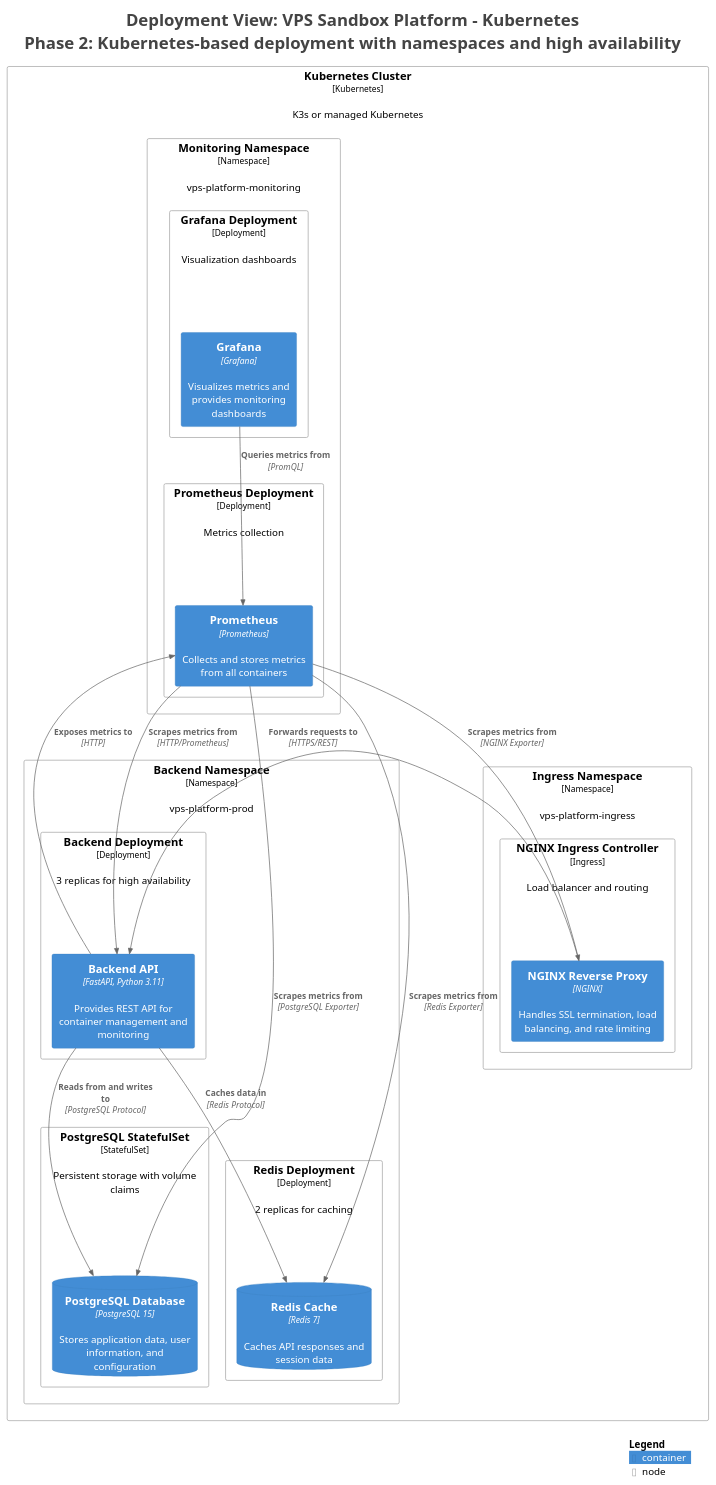
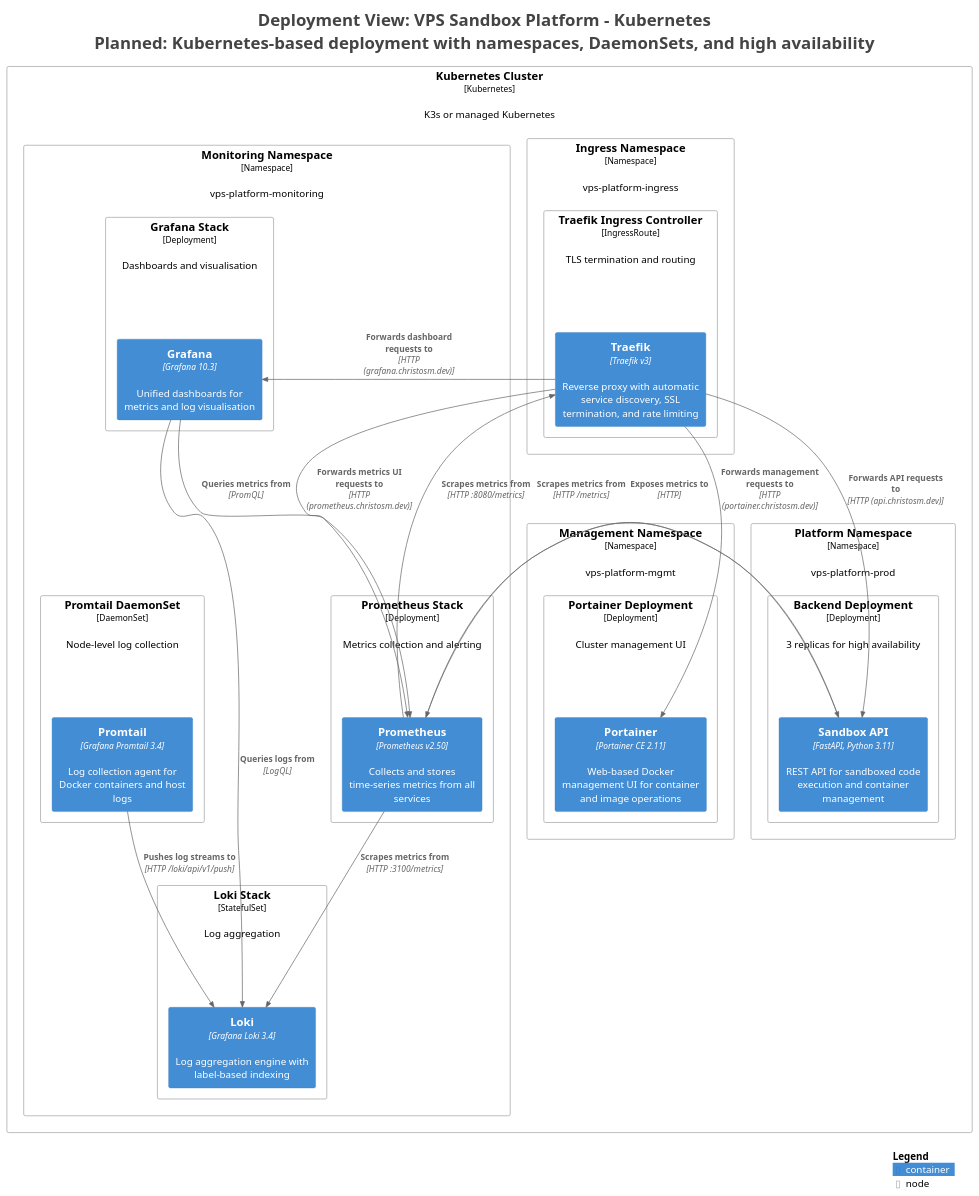
Before and after one commit to christosm-dev/portfolio: the diagram in vps-sandbox-c4-architecture/exports/puml/structurizr-KubernetesDeployment.puml, drawn with PlantUML. The commit also changed 21 other files, not shown here.

First line of the commit message:
Rework C4 architecture to match deployed VPS stack

```diff
--- a/vps-sandbox-c4-architecture/exports/puml/structurizr-KubernetesDeployment.puml
+++ b/vps-sandbox-c4-architecture/exports/puml/structurizr-KubernetesDeployment.puml
@@ -1,67 +1,76 @@
 @startuml
-title <size:24>Deployment View: VPS Sandbox Platform - Kubernetes</size>\n<size:24>Phase 2: Kubernetes-based deployment with namespaces and high availability</size>
+title <size:24>Deployment View: VPS Sandbox Platform - Kubernetes</size>\n<size:24>Planned: Kubernetes-based deployment with namespaces, DaemonSets, and high availability</size>
 
 set separator none
 top to bottom direction
 
 <style>
   root {
     BackgroundColor: #ffffff
     FontColor: #444444
   }
 </style>
 
 !include <C4/C4>
 !include <C4/C4_Context>
 !include <C4/C4_Container>
 !include <C4/C4_Deployment>
 
 Deployment_Node(Kubernetes.KubernetesCluster, "Kubernetes Cluster", $type="Kubernetes", $descr="K3s or managed Kubernetes", $tags="", $link="") {
-  Deployment_Node(Kubernetes.KubernetesCluster.BackendNamespace, "Backend Namespace", $type="Namespace", $descr="vps-platform-prod", $tags="", $link="") {
-    Deployment_Node(Kubernetes.KubernetesCluster.BackendNamespace.BackendDeployment, "Backend Deployment", $type="Deployment", $descr="3 replicas for high availability", $tags="", $link="") {
-      Container(Kubernetes.KubernetesCluster.BackendNamespace.BackendDeployment.BackendAPI_1, "Backend API", $techn="FastAPI, Python 3.11", $descr="Provides REST API for container management and monitoring", $tags="", $link="")
-    }
-
-    Deployment_Node(Kubernetes.KubernetesCluster.BackendNamespace.PostgreSQLStatefulSet, "PostgreSQL StatefulSet", $type="StatefulSet", $descr="Persistent storage with volume claims", $tags="", $link="") {
-      ContainerDb(Kubernetes.KubernetesCluster.BackendNamespace.PostgreSQLStatefulSet.PostgreSQLDatabase_1, "PostgreSQL Database", $techn="PostgreSQL 15", $descr="Stores application data, user information, and configuration", $tags="", $link="")
-    }
-
-    Deployment_Node(Kubernetes.KubernetesCluster.BackendNamespace.RedisDeployment, "Redis Deployment", $type="Deployment", $descr="2 replicas for caching", $tags="", $link="") {
-      ContainerDb(Kubernetes.KubernetesCluster.BackendNamespace.RedisDeployment.RedisCache_1, "Redis Cache", $techn="Redis 7", $descr="Caches API responses and session data", $tags="", $link="")
+  Deployment_Node(Kubernetes.KubernetesCluster.PlatformNamespace, "Platform Namespace", $type="Namespace", $descr="vps-platform-prod", $tags="", $link="") {
+    Deployment_Node(Kubernetes.KubernetesCluster.PlatformNamespace.BackendDeployment, "Backend Deployment", $type="Deployment", $descr="3 replicas for high availability", $tags="", $link="") {
+      Container(Kubernetes.KubernetesCluster.PlatformNamespace.BackendDeployment.SandboxAPI_1, "Sandbox API", $techn="FastAPI, Python 3.11", $descr="REST API for sandboxed code execution and container management", $tags="", $link="")
     }
 
   }
 
   Deployment_Node(Kubernetes.KubernetesCluster.IngressNamespace, "Ingress Namespace", $type="Namespace", $descr="vps-platform-ingress", $tags="", $link="") {
-    Deployment_Node(Kubernetes.KubernetesCluster.IngressNamespace.NGINXIngressController, "NGINX Ingress Controller", $type="Ingress", $descr="Load balancer and routing", $tags="", $link="") {
-      Container(Kubernetes.KubernetesCluster.IngressNamespace.NGINXIngressController.NGINXReverseProxy_1, "NGINX Reverse Proxy", $techn="NGINX", $descr="Handles SSL termination, load balancing, and rate limiting", $tags="", $link="")
+    Deployment_Node(Kubernetes.KubernetesCluster.IngressNamespace.TraefikIngressController, "Traefik Ingress Controller", $type="IngressRoute", $descr="TLS termination and routing", $tags="", $link="") {
+      Container(Kubernetes.KubernetesCluster.IngressNamespace.TraefikIngressController.Traefik_1, "Traefik", $techn="Traefik v3", $descr="Reverse proxy with automatic service discovery, SSL termination, and rate limiting", $tags="", $link="")
     }
 
   }
 
   Deployment_Node(Kubernetes.KubernetesCluster.MonitoringNamespace, "Monitoring Namespace", $type="Namespace", $descr="vps-platform-monitoring", $tags="", $link="") {
-    Deployment_Node(Kubernetes.KubernetesCluster.MonitoringNamespace.PrometheusDeployment, "Prometheus Deployment", $type="Deployment", $descr="Metrics collection", $tags="", $link="") {
-      Container(Kubernetes.KubernetesCluster.MonitoringNamespace.PrometheusDeployment.Prometheus_1, "Prometheus", $techn="Prometheus", $descr="Collects and stores metrics from all containers", $tags="", $link="")
+    Deployment_Node(Kubernetes.KubernetesCluster.MonitoringNamespace.PrometheusStack, "Prometheus Stack", $type="Deployment", $descr="Metrics collection and alerting", $tags="", $link="") {
+      Container(Kubernetes.KubernetesCluster.MonitoringNamespace.PrometheusStack.Prometheus_1, "Prometheus", $techn="Prometheus v2.50", $descr="Collects and stores time-series metrics from all services", $tags="", $link="")
     }
 
-    Deployment_Node(Kubernetes.KubernetesCluster.MonitoringNamespace.GrafanaDeployment, "Grafana Deployment", $type="Deployment", $descr="Visualization dashboards", $tags="", $link="") {
-      Container(Kubernetes.KubernetesCluster.MonitoringNamespace.GrafanaDeployment.Grafana_1, "Grafana", $techn="Grafana", $descr="Visualizes metrics and provides monitoring dashboards", $tags="", $link="")
+    Deployment_Node(Kubernetes.KubernetesCluster.MonitoringNamespace.GrafanaStack, "Grafana Stack", $type="Deployment", $descr="Dashboards and visualisation", $tags="", $link="") {
+      Container(Kubernetes.KubernetesCluster.MonitoringNamespace.GrafanaStack.Grafana_1, "Grafana", $techn="Grafana 10.3", $descr="Unified dashboards for metrics and log visualisation", $tags="", $link="")
+    }
+
+    Deployment_Node(Kubernetes.KubernetesCluster.MonitoringNamespace.LokiStack, "Loki Stack", $type="StatefulSet", $descr="Log aggregation", $tags="", $link="") {
+      Container(Kubernetes.KubernetesCluster.MonitoringNamespace.LokiStack.Loki_1, "Loki", $techn="Grafana Loki 3.4", $descr="Log aggregation engine with label-based indexing", $tags="", $link="")
+    }
+
+    Deployment_Node(Kubernetes.KubernetesCluster.MonitoringNamespace.PromtailDaemonSet, "Promtail DaemonSet", $type="DaemonSet", $descr="Node-level log collection", $tags="", $link="") {
+      Container(Kubernetes.KubernetesCluster.MonitoringNamespace.PromtailDaemonSet.Promtail_1, "Promtail", $techn="Grafana Promtail 3.4", $descr="Log collection agent for Docker containers and host logs", $tags="", $link="")
+    }
+
+  }
+
+  Deployment_Node(Kubernetes.KubernetesCluster.ManagementNamespace, "Management Namespace", $type="Namespace", $descr="vps-platform-mgmt", $tags="", $link="") {
+    Deployment_Node(Kubernetes.KubernetesCluster.ManagementNamespace.PortainerDeployment, "Portainer Deployment", $type="Deployment", $descr="Cluster management UI", $tags="", $link="") {
+      Container(Kubernetes.KubernetesCluster.ManagementNamespace.PortainerDeployment.Portainer_1, "Portainer", $techn="Portainer CE 2.11", $descr="Web-based Docker management UI for container and image operations", $tags="", $link="")
     }
 
   }
 
 }
 
-Rel(Kubernetes.KubernetesCluster.BackendNamespace.BackendDeployment.BackendAPI_1, Kubernetes.KubernetesCluster.BackendNamespace.PostgreSQLStatefulSet.PostgreSQLDatabase_1, "Reads from and writes to", $techn="PostgreSQL Protocol", $tags="", $link="")
-Rel(Kubernetes.KubernetesCluster.BackendNamespace.BackendDeployment.BackendAPI_1, Kubernetes.KubernetesCluster.BackendNamespace.RedisDeployment.RedisCache_1, "Caches data in", $techn="Redis Protocol", $tags="", $link="")
-Rel(Kubernetes.KubernetesCluster.IngressNamespace.NGINXIngressController.NGINXReverseProxy_1, Kubernetes.KubernetesCluster.BackendNamespace.BackendDeployment.BackendAPI_1, "Forwards requests to", $techn="HTTPS/REST", $tags="", $link="")
-Rel(Kubernetes.KubernetesCluster.MonitoringNamespace.PrometheusDeployment.Prometheus_1, Kubernetes.KubernetesCluster.BackendNamespace.BackendDeployment.BackendAPI_1, "Scrapes metrics from", $techn="HTTP/Prometheus", $tags="", $link="")
-Rel(Kubernetes.KubernetesCluster.BackendNamespace.BackendDeployment.BackendAPI_1, Kubernetes.KubernetesCluster.MonitoringNamespace.PrometheusDeployment.Prometheus_1, "Exposes metrics to", $techn="HTTP", $tags="", $link="")
-Rel(Kubernetes.KubernetesCluster.MonitoringNamespace.PrometheusDeployment.Prometheus_1, Kubernetes.KubernetesCluster.BackendNamespace.PostgreSQLStatefulSet.PostgreSQLDatabase_1, "Scrapes metrics from", $techn="PostgreSQL Exporter", $tags="", $link="")
-Rel(Kubernetes.KubernetesCluster.MonitoringNamespace.PrometheusDeployment.Prometheus_1, Kubernetes.KubernetesCluster.BackendNamespace.RedisDeployment.RedisCache_1, "Scrapes metrics from", $techn="Redis Exporter", $tags="", $link="")
-Rel(Kubernetes.KubernetesCluster.MonitoringNamespace.PrometheusDeployment.Prometheus_1, Kubernetes.KubernetesCluster.IngressNamespace.NGINXIngressController.NGINXReverseProxy_1, "Scrapes metrics from", $techn="NGINX Exporter", $tags="", $link="")
-Rel(Kubernetes.KubernetesCluster.MonitoringNamespace.GrafanaDeployment.Grafana_1, Kubernetes.KubernetesCluster.MonitoringNamespace.PrometheusDeployment.Prometheus_1, "Queries metrics from", $techn="PromQL", $tags="", $link="")
+Rel(Kubernetes.KubernetesCluster.IngressNamespace.TraefikIngressController.Traefik_1, Kubernetes.KubernetesCluster.ManagementNamespace.PortainerDeployment.Portainer_1, "Forwards management requests to", $techn="HTTP (portainer.christosm.dev)", $tags="", $link="")
+Rel(Kubernetes.KubernetesCluster.IngressNamespace.TraefikIngressController.Traefik_1, Kubernetes.KubernetesCluster.PlatformNamespace.BackendDeployment.SandboxAPI_1, "Forwards API requests to", $techn="HTTP (api.christosm.dev)", $tags="", $link="")
+Rel(Kubernetes.KubernetesCluster.MonitoringNamespace.PrometheusStack.Prometheus_1, Kubernetes.KubernetesCluster.PlatformNamespace.BackendDeployment.SandboxAPI_1, "Scrapes metrics from", $techn="HTTP /metrics", $tags="", $link="")
+Rel(Kubernetes.KubernetesCluster.PlatformNamespace.BackendDeployment.SandboxAPI_1, Kubernetes.KubernetesCluster.MonitoringNamespace.PrometheusStack.Prometheus_1, "Exposes metrics to", $techn="HTTP", $tags="", $link="")
+Rel(Kubernetes.KubernetesCluster.MonitoringNamespace.PrometheusStack.Prometheus_1, Kubernetes.KubernetesCluster.IngressNamespace.TraefikIngressController.Traefik_1, "Scrapes metrics from", $techn="HTTP :8080/metrics", $tags="", $link="")
+Rel(Kubernetes.KubernetesCluster.IngressNamespace.TraefikIngressController.Traefik_1, Kubernetes.KubernetesCluster.MonitoringNamespace.PrometheusStack.Prometheus_1, "Forwards metrics UI requests to", $techn="HTTP (prometheus.christosm.dev)", $tags="", $link="")
+Rel(Kubernetes.KubernetesCluster.IngressNamespace.TraefikIngressController.Traefik_1, Kubernetes.KubernetesCluster.MonitoringNamespace.GrafanaStack.Grafana_1, "Forwards dashboard requests to", $techn="HTTP (grafana.christosm.dev)", $tags="", $link="")
+Rel(Kubernetes.KubernetesCluster.MonitoringNamespace.GrafanaStack.Grafana_1, Kubernetes.KubernetesCluster.MonitoringNamespace.PrometheusStack.Prometheus_1, "Queries metrics from", $techn="PromQL", $tags="", $link="")
+Rel(Kubernetes.KubernetesCluster.MonitoringNamespace.PrometheusStack.Prometheus_1, Kubernetes.KubernetesCluster.MonitoringNamespace.LokiStack.Loki_1, "Scrapes metrics from", $techn="HTTP :3100/metrics", $tags="", $link="")
+Rel(Kubernetes.KubernetesCluster.MonitoringNamespace.GrafanaStack.Grafana_1, Kubernetes.KubernetesCluster.MonitoringNamespace.LokiStack.Loki_1, "Queries logs from", $techn="LogQL", $tags="", $link="")
+Rel(Kubernetes.KubernetesCluster.MonitoringNamespace.PromtailDaemonSet.Promtail_1, Kubernetes.KubernetesCluster.MonitoringNamespace.LokiStack.Loki_1, "Pushes log streams to", $techn="HTTP /loki/api/v1/push", $tags="", $link="")
 
 SHOW_LEGEND(true)
 hide stereotypes
 @enduml
```
